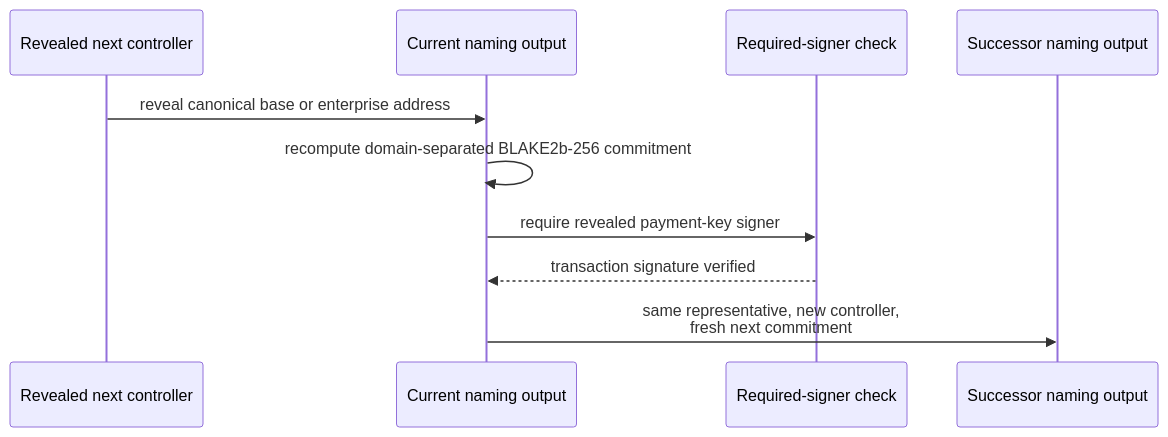
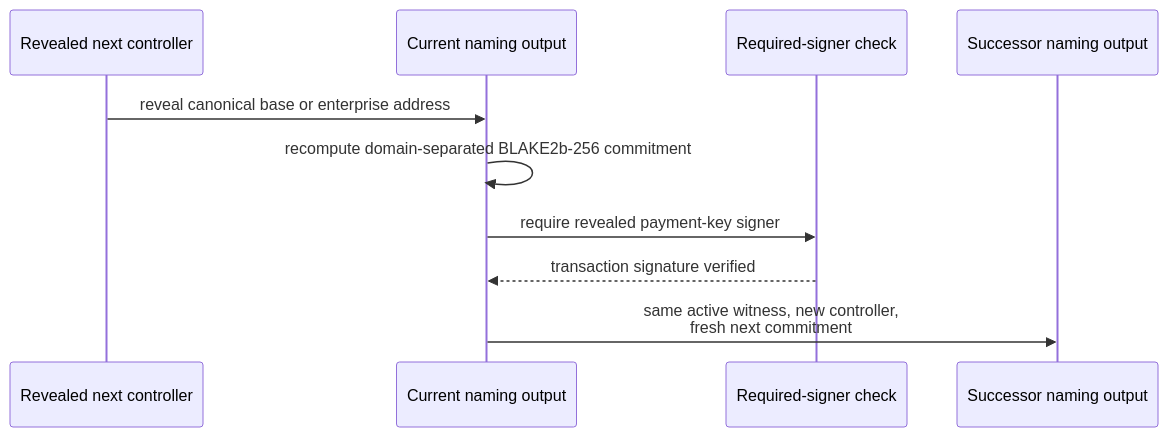
The fourth of 6 diagrams in docs/naming-lifecycle.md (lambdasistemi/singular), drawn with Mermaid before and after one commit. The commit also changed other lines of this file and 31 other files, not shown here.

````diff
--- a/docs/naming-lifecycle.md
+++ b/docs/naming-lifecycle.md
@@ -58,12 +137,12 @@
 ```mermaid
 sequenceDiagram
   participant Next as Revealed next controller
   participant App as Current naming output
   participant Ledger as Required-signer check
   participant Successor as Successor naming output
   Next->>App: reveal canonical base or enterprise address
   App->>App: recompute domain-separated BLAKE2b-256 commitment
   App->>Ledger: require revealed payment-key signer
   Ledger-->>App: transaction signature verified
-  App->>Successor: same representative, new controller,<br/>fresh next commitment
+  App->>Successor: same active witness, new controller,<br/>fresh next commitment
 ```
````
